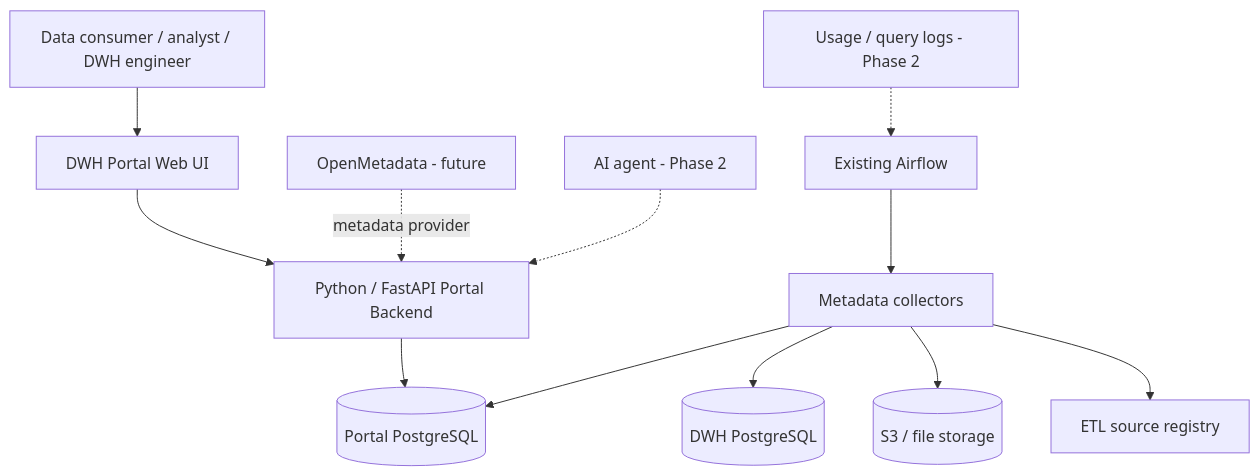
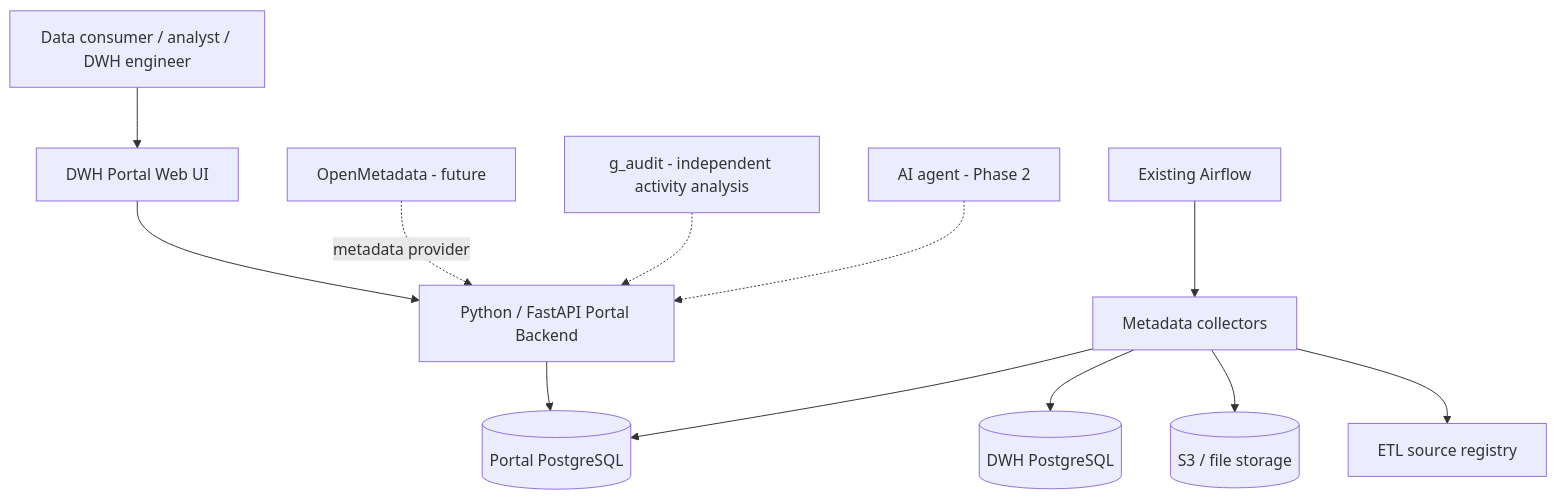
The first of 9 diagrams in docs/adr/active/DWH-Portal-Architecture-and-Design.md (AlexEPetrov/dwh-portal), drawn with Mermaid before and after one commit. The commit also changed other lines of this file and 14 other files, not shown here.

````diff
--- a/docs/adr/active/DWH-Portal-Architecture-and-Design.md
+++ b/docs/adr/active/DWH-Portal-Architecture-and-Design.md
@@ -55,17 +66,17 @@
 ```mermaid
 flowchart TB
     USER[Data consumer / analyst / DWH engineer] --> UI[DWH Portal Web UI]
     UI --> API[Python / FastAPI Portal Backend]
 
     API --> PDB[(Portal PostgreSQL)]
 
     AIR[Existing Airflow] --> COL[Metadata collectors]
     COL --> DWH[(DWH PostgreSQL)]
     COL --> S3[(S3 / file storage)]
     COL --> REG[ETL source registry]
     COL --> PDB
 
     OM[OpenMetadata - future] -. metadata provider .-> API
-    LOGS[Usage / query logs - Phase 2] -.-> AIR
+    LOGS[g_audit - independent activity analysis] -.-> API
     AI[AI agent - Phase 2] -.-> API
 ```
````
